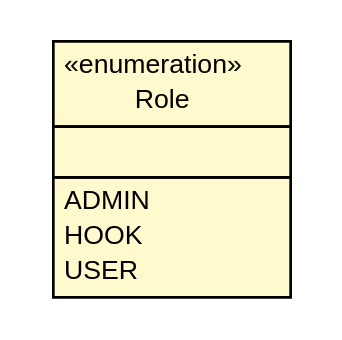
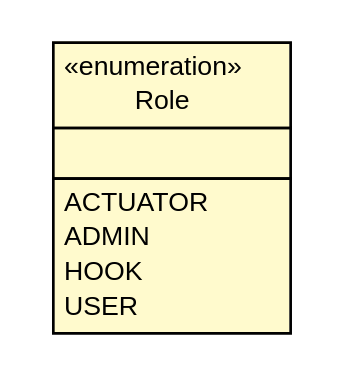
One commit to sfeng9d/spring-cloud-config changed the diagram in snapshot/build-docker/maven-build-java8/spring-cloud-config/spring-cloud-config-server/apidocs/cn/home1/cloud/config/server/security/Role.dot. Above: the diagram before and after it, drawn with Graphviz. The commit also changed 215 other files, not shown here.

Commit message:
Creating site for spring-cloud-config-server-2.0.1-springboot2-SNAPSHOT

```diff
--- a/snapshot/build-docker/maven-build-java8/spring-cloud-config/spring-cloud-config-server/apidocs/cn/home1/cloud/config/server/security/Role.dot
+++ b/snapshot/build-docker/maven-build-java8/spring-cloud-config/spring-cloud-config-server/apidocs/cn/home1/cloud/config/server/security/Role.dot
@@ -1,27 +1,28 @@
 #!/usr/local/bin/dot
 #
 # Class diagram 
 # Generated by UMLGraph version R5_6-24-gf6e263 (http://www.umlgraph.org/)
 #
 
 digraph G {
 	edge [fontname="Helvetica",fontsize=10,labelfontname="Helvetica",labelfontsize=10];
 	node [fontname="Helvetica",fontsize=10,shape=plaintext];
 	nodesep=0.25;
 	ranksep=0.5;
 	// cn.home1.cloud.config.server.security.Role
-	c336 [label=<<table title="cn.home1.cloud.config.server.security.Role" border="0" cellborder="1" cellspacing="0" cellpadding="2" port="p" bgcolor="lemonChiffon" href="./Role.html">
+	c352 [label=<<table title="cn.home1.cloud.config.server.security.Role" border="0" cellborder="1" cellspacing="0" cellpadding="2" port="p" bgcolor="lemonChiffon" href="./Role.html">
 		<tr><td><table border="0" cellspacing="0" cellpadding="1">
 <tr><td align="center" balign="center"> &#171;enumeration&#187; </td></tr>
 <tr><td align="center" balign="center"> Role </td></tr>
 		</table></td></tr>
 		<tr><td><table border="0" cellspacing="0" cellpadding="1">
 <tr><td align="left" balign="left">  </td></tr>
 		</table></td></tr>
 		<tr><td><table border="0" cellspacing="0" cellpadding="1">
+<tr><td align="left" balign="left"> ACTUATOR </td></tr>
 <tr><td align="left" balign="left"> ADMIN </td></tr>
 <tr><td align="left" balign="left"> HOOK </td></tr>
 <tr><td align="left" balign="left"> USER </td></tr>
 		</table></td></tr>
 		</table>>, URL="./Role.html", fontname="Helvetica", fontcolor="black", fontsize=10.0];
 }
```
